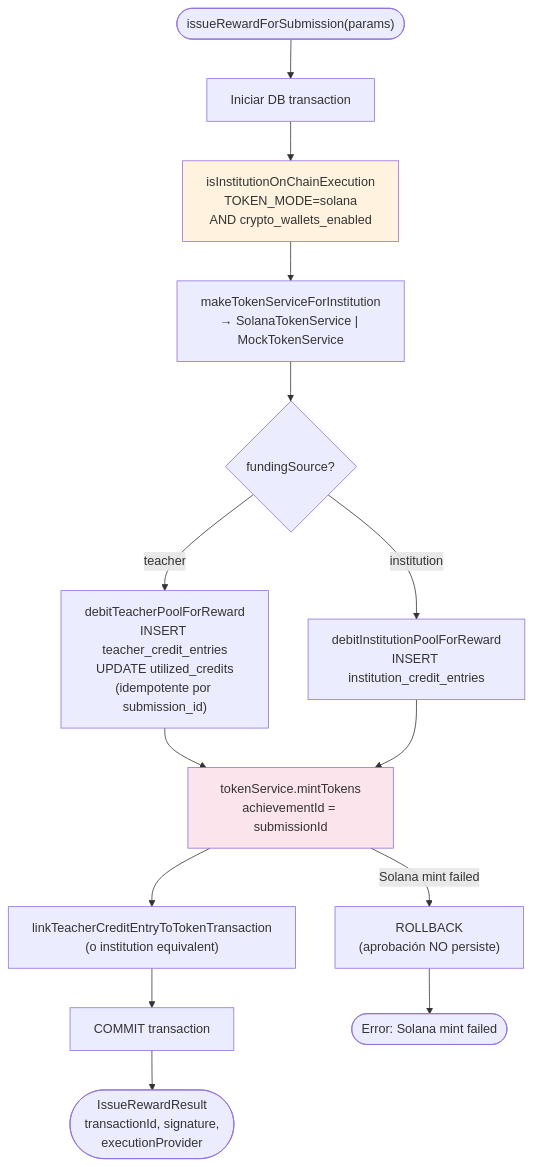
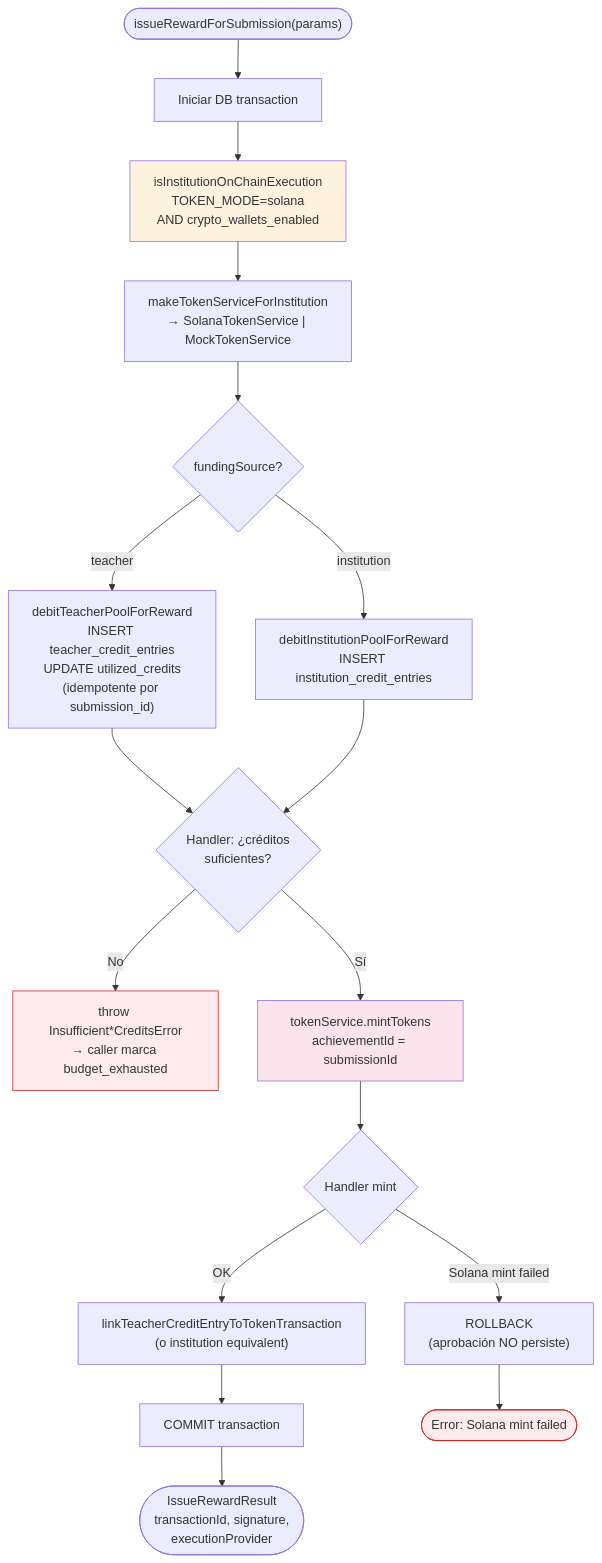
One commit to angeldavid218/scholarfi changed diagram 14 of 23 in docs/arquitectura-mvp.md. Above: the diagram before and after it, drawn with Mermaid. The commit also changed other lines of this file and 9 other files, not shown here.

````diff
--- a/docs/arquitectura-mvp.md
+++ b/docs/arquitectura-mvp.md
@@ -645,23 +833,28 @@
 ```mermaid
 flowchart TD
     Start(["issueRewardForSubmission(params)"]) --> BeginTx["Iniciar DB transaction"]
     BeginTx --> CheckMode["isInstitutionOnChainExecution\nTOKEN_MODE=solana\nAND crypto_wallets_enabled"]
     CheckMode --> Factory["makeTokenServiceForInstitution\n→ SolanaTokenService | MockTokenService"]
 
     Factory --> FundSource{"fundingSource?"}
     FundSource -->|teacher| DebitTeacher["debitTeacherPoolForReward\nINSERT teacher_credit_entries\nUPDATE utilized_credits\n(idempotente por submission_id)"]
     FundSource -->|institution| DebitInst["debitInstitutionPoolForReward\nINSERT institution_credit_entries"]
 
-    DebitTeacher --> Mint["tokenService.mintTokens\nachievementId = submissionId"]
-    DebitInst --> Mint
+    DebitTeacher --> BudgetOk{"Handler: ¿créditos\nsuficientes?"}
+    DebitInst --> BudgetOk
+    BudgetOk -->|No| Insuff["throw Insufficient*CreditsError\n→ caller marca budget_exhausted"]
+    BudgetOk -->|Sí| Mint["tokenService.mintTokens\nachievementId = submissionId"]
 
-    Mint --> Link["linkTeacherCreditEntryToTokenTransaction\n(o institution equivalent)"]
+    Mint --> MintResult{"Handler mint"}
+    MintResult -->|OK| Link["linkTeacherCreditEntryToTokenTransaction\n(o institution equivalent)"]
     Link --> Commit["COMMIT transaction"]
     Commit --> Return(["IssueRewardResult\ntransactionId, signature,\nexecutionProvider"])
 
-    Mint -->|Solana mint failed| Rollback["ROLLBACK\n(aprobación NO persiste)"]
+    MintResult -->|Solana mint failed| Rollback["ROLLBACK\n(aprobación NO persiste)"]
     Rollback --> Fail(["Error: Solana mint failed"])
 
     style CheckMode fill:#fff3e0
     style Mint fill:#fce4ec
+    style Insuff fill:#ffebee,stroke:#C62828
+    style Fail fill:#ffebee,stroke:#C62828
 ```
````
